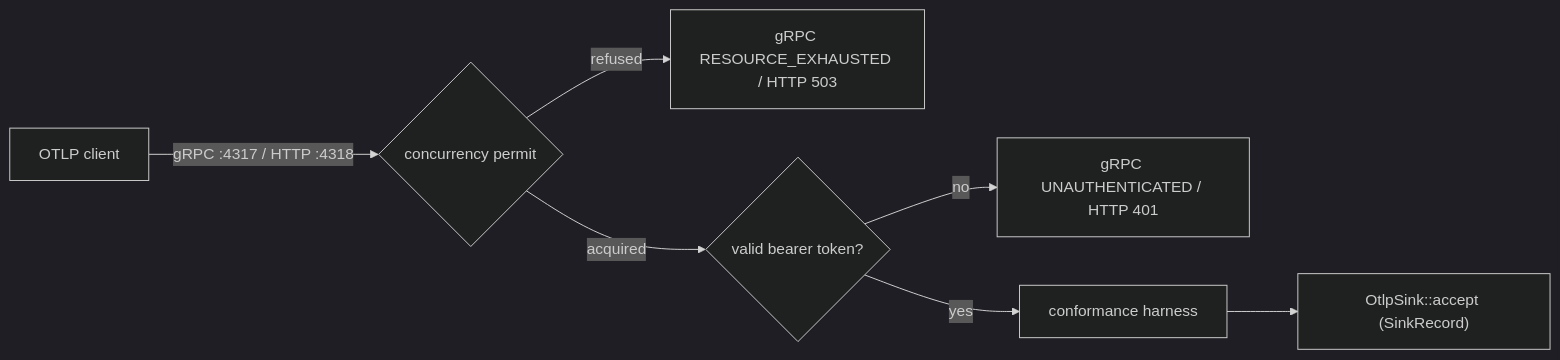
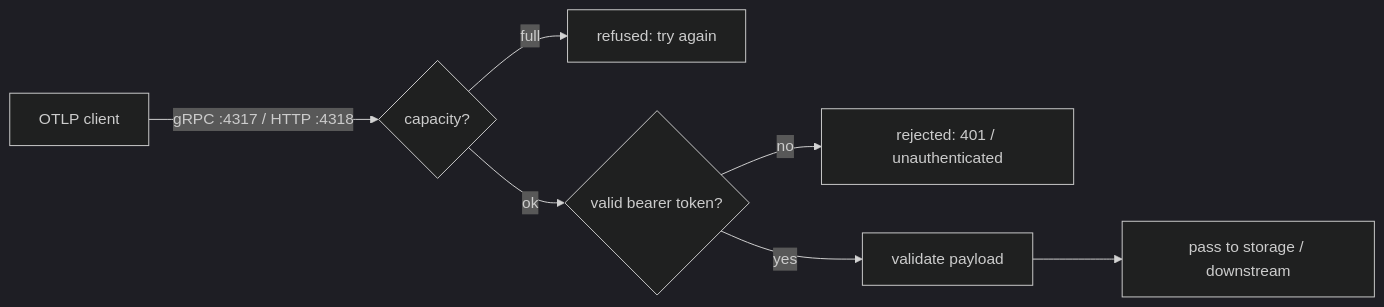
One commit to andrealaforgia/kaleidoscope-site changed the diagram in src/content/docs/components/aperture.md. Above: the diagram before and after it, drawn with Mermaid (dark theme). The commit also changed other lines of this file and 23 other files, not shown here.

````diff
--- a/src/content/docs/components/aperture.md
+++ b/src/content/docs/components/aperture.md
@@ -26,9 +26,9 @@
 ```mermaid
 flowchart LR
- Client[OTLP client] -->|gRPC :4317 / HTTP :4318| Permit{concurrency permit}
- Permit -->|refused| Busy[gRPC RESOURCE_EXHAUSTED / HTTP 503]
- Permit -->|acquired| Auth{valid bearer token?}
- Auth -->|no| Deny[gRPC UNAUTHENTICATED / HTTP 401]
- Auth -->|yes| Validate[conformance harness]
- Validate --> Sink["OtlpSink::accept (SinkRecord)"]
+    Client[OTLP client] -->|gRPC :4317 / HTTP :4318| Cap{capacity?}
+    Cap -->|full| Busy[refused: try again]
+    Cap -->|ok| Auth{valid bearer token?}
+    Auth -->|no| Deny[rejected: 401 / unauthenticated]
+    Auth -->|yes| Validate[validate payload]
+    Validate --> Down[pass to storage / downstream]
 ```
````
